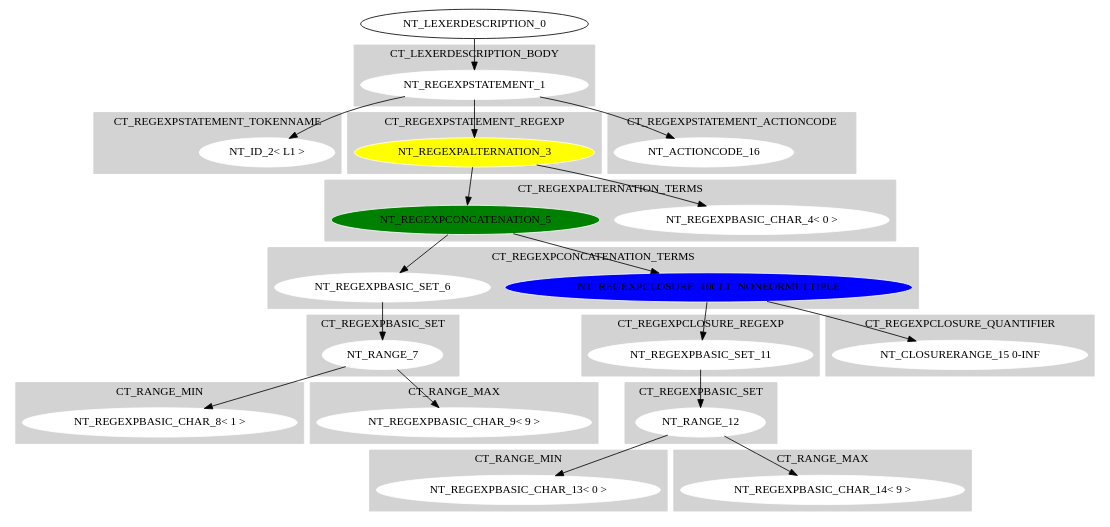
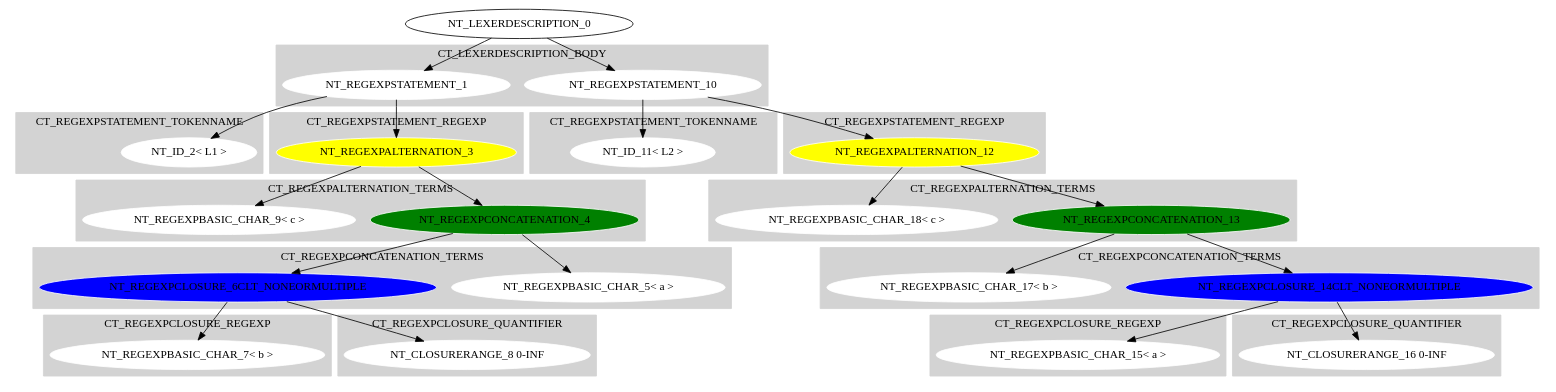
The diagram in DFASimulator/Testbench/testAST.dot (GDimitroulakos/EDUFLEX), drawn with Graphviz before and after one commit. The commit also changed 216 other files, not shown here.

```diff
--- a/DFASimulator/Testbench/testAST.dot
+++ b/DFASimulator/Testbench/testAST.dot
@@ -1,142 +1,148 @@
 digraph {
 
 subgraph cluster0 {
  node [style=filled,color=white];
  style=filled;
  color=lightgrey;
  label = "CT_LEXERDESCRIPTION_BODY";
 
 "NT_REGEXPSTATEMENT_1"
+"NT_REGEXPSTATEMENT_10"
 }
 "NT_LEXERDESCRIPTION_0"->"NT_REGEXPSTATEMENT_1"
 subgraph cluster1 {
  node [style=filled,color=white];
  style=filled;
  color=lightgrey;
  label = "CT_REGEXPSTATEMENT_TOKENNAME";
 
 "NT_ID_2< L1 >"
 }
 subgraph cluster2 {
  node [style=filled,color=white];
  style=filled;
  color=lightgrey;
  label = "CT_REGEXPSTATEMENT_REGEXP";
 
 "NT_REGEXPALTERNATION_3"
  [fillcolor = yellow]
 }
 subgraph cluster3 {
  node [style=filled,color=white];
  style=filled;
  color=lightgrey;
- label = "CT_REGEXPSTATEMENT_ACTIONCODE";
+ label = "CT_REGEXPSTATEMENT_TOKENNAME";
 
-"NT_ACTIONCODE_16"
 }
+"NT_REGEXPSTATEMENT_1"->"NT_ID_2< L1 >"
+"NT_REGEXPSTATEMENT_1"->"NT_REGEXPALTERNATION_3"
 subgraph cluster4 {
+ node [style=filled,color=white];
+ style=filled;
+ color=lightgrey;
+ label = "CT_REGEXPALTERNATION_TERMS";
+
+"NT_REGEXPCONCATENATION_4"
+ [fillcolor = green]"NT_REGEXPBASIC_CHAR_9< c >"
+}
+"NT_REGEXPALTERNATION_3"->"NT_REGEXPCONCATENATION_4"
+subgraph cluster5 {
+ node [style=filled,color=white];
+ style=filled;
+ color=lightgrey;
+ label = "CT_REGEXPCONCATENATION_TERMS";
+
+"NT_REGEXPBASIC_CHAR_5< a >"
+"NT_REGEXPCLOSURE_6CLT_NONEORMULTIPLE"
+ [fillcolor = blue]
+}
+"NT_REGEXPCONCATENATION_4"->"NT_REGEXPBASIC_CHAR_5< a >"
+"NT_REGEXPCONCATENATION_4"->"NT_REGEXPCLOSURE_6CLT_NONEORMULTIPLE"
+subgraph cluster6 {
+ node [style=filled,color=white];
+ style=filled;
+ color=lightgrey;
+ label = "CT_REGEXPCLOSURE_REGEXP";
+
+"NT_REGEXPBASIC_CHAR_7< b >"
+}
+subgraph cluster7 {
+ node [style=filled,color=white];
+ style=filled;
+ color=lightgrey;
+ label = "CT_REGEXPCLOSURE_QUANTIFIER";
+
+"NT_CLOSURERANGE_8 0-INF"
+}
+"NT_REGEXPCLOSURE_6CLT_NONEORMULTIPLE"->"NT_REGEXPBASIC_CHAR_7< b >"
+"NT_REGEXPCLOSURE_6CLT_NONEORMULTIPLE"->"NT_CLOSURERANGE_8 0-INF"
+"NT_REGEXPALTERNATION_3"->"NT_REGEXPBASIC_CHAR_9< c >"
+"NT_LEXERDESCRIPTION_0"->"NT_REGEXPSTATEMENT_10"
+subgraph cluster8 {
+ node [style=filled,color=white];
+ style=filled;
+ color=lightgrey;
+ label = "CT_REGEXPSTATEMENT_TOKENNAME";
+
+"NT_ID_11< L2 >"
+}
+subgraph cluster9 {
+ node [style=filled,color=white];
+ style=filled;
+ color=lightgrey;
+ label = "CT_REGEXPSTATEMENT_REGEXP";
+
+"NT_REGEXPALTERNATION_12"
+ [fillcolor = yellow]
+}
+subgraph cluster10 {
  node [style=filled,color=white];
  style=filled;
  color=lightgrey;
  label = "CT_REGEXPSTATEMENT_TOKENNAME";
 
 }
-"NT_REGEXPSTATEMENT_1"->"NT_ID_2< L1 >"
-"NT_REGEXPSTATEMENT_1"->"NT_REGEXPALTERNATION_3"
-subgraph cluster5 {
+"NT_REGEXPSTATEMENT_10"->"NT_ID_11< L2 >"
+"NT_REGEXPSTATEMENT_10"->"NT_REGEXPALTERNATION_12"
+subgraph cluster11 {
  node [style=filled,color=white];
  style=filled;
  color=lightgrey;
  label = "CT_REGEXPALTERNATION_TERMS";
 
-"NT_REGEXPBASIC_CHAR_4< 0 >"
-"NT_REGEXPCONCATENATION_5"
- [fillcolor = green]}
-"NT_REGEXPALTERNATION_3"->"NT_REGEXPBASIC_CHAR_4< 0 >"
-"NT_REGEXPALTERNATION_3"->"NT_REGEXPCONCATENATION_5"
-subgraph cluster6 {
+"NT_REGEXPCONCATENATION_13"
+ [fillcolor = green]"NT_REGEXPBASIC_CHAR_18< c >"
+}
+"NT_REGEXPALTERNATION_12"->"NT_REGEXPCONCATENATION_13"
+subgraph cluster12 {
  node [style=filled,color=white];
  style=filled;
  color=lightgrey;
  label = "CT_REGEXPCONCATENATION_TERMS";
 
-"NT_REGEXPBASIC_SET_6"
-"NT_REGEXPCLOSURE_10CLT_NONEORMULTIPLE"
+"NT_REGEXPCLOSURE_14CLT_NONEORMULTIPLE"
  [fillcolor = blue]
+"NT_REGEXPBASIC_CHAR_17< b >"
 }
-"NT_REGEXPCONCATENATION_5"->"NT_REGEXPBASIC_SET_6"
-subgraph cluster7 {
- node [style=filled,color=white];
- style=filled;
- color=lightgrey;
- label = "CT_REGEXPBASIC_SET";
-
-"NT_RANGE_7"
-}
-"NT_REGEXPBASIC_SET_6"->"NT_RANGE_7"
-subgraph cluster8 {
- node [style=filled,color=white];
- style=filled;
- color=lightgrey;
- label = "CT_RANGE_MIN";
-
-"NT_REGEXPBASIC_CHAR_8< 1 >"
-}
-subgraph cluster9 {
- node [style=filled,color=white];
- style=filled;
- color=lightgrey;
- label = "CT_RANGE_MAX";
-
-"NT_REGEXPBASIC_CHAR_9< 9 >"
-}
-"NT_RANGE_7"->"NT_REGEXPBASIC_CHAR_8< 1 >"
-"NT_RANGE_7"->"NT_REGEXPBASIC_CHAR_9< 9 >"
-"NT_REGEXPCONCATENATION_5"->"NT_REGEXPCLOSURE_10CLT_NONEORMULTIPLE"
-subgraph cluster10 {
+"NT_REGEXPCONCATENATION_13"->"NT_REGEXPCLOSURE_14CLT_NONEORMULTIPLE"
+subgraph cluster13 {
  node [style=filled,color=white];
  style=filled;
  color=lightgrey;
  label = "CT_REGEXPCLOSURE_REGEXP";
 
-"NT_REGEXPBASIC_SET_11"
+"NT_REGEXPBASIC_CHAR_15< a >"
 }
-subgraph cluster11 {
+subgraph cluster14 {
  node [style=filled,color=white];
  style=filled;
  color=lightgrey;
  label = "CT_REGEXPCLOSURE_QUANTIFIER";
 
-"NT_CLOSURERANGE_15 0-INF"
+"NT_CLOSURERANGE_16 0-INF"
 }
-"NT_REGEXPCLOSURE_10CLT_NONEORMULTIPLE"->"NT_REGEXPBASIC_SET_11"
-subgraph cluster12 {
- node [style=filled,color=white];
- style=filled;
- color=lightgrey;
- label = "CT_REGEXPBASIC_SET";
-
-"NT_RANGE_12"
+"NT_REGEXPCLOSURE_14CLT_NONEORMULTIPLE"->"NT_REGEXPBASIC_CHAR_15< a >"
+"NT_REGEXPCLOSURE_14CLT_NONEORMULTIPLE"->"NT_CLOSURERANGE_16 0-INF"
+"NT_REGEXPCONCATENATION_13"->"NT_REGEXPBASIC_CHAR_17< b >"
+"NT_REGEXPALTERNATION_12"->"NT_REGEXPBASIC_CHAR_18< c >"
 }
-"NT_REGEXPBASIC_SET_11"->"NT_RANGE_12"
-subgraph cluster13 {
- node [style=filled,color=white];
- style=filled;
- color=lightgrey;
- label = "CT_RANGE_MIN";
-
-"NT_REGEXPBASIC_CHAR_13< 0 >"
-}
-subgraph cluster14 {
- node [style=filled,color=white];
- style=filled;
- color=lightgrey;
- label = "CT_RANGE_MAX";
-
-"NT_REGEXPBASIC_CHAR_14< 9 >"
-}
-"NT_RANGE_12"->"NT_REGEXPBASIC_CHAR_13< 0 >"
-"NT_RANGE_12"->"NT_REGEXPBASIC_CHAR_14< 9 >"
-"NT_REGEXPCLOSURE_10CLT_NONEORMULTIPLE"->"NT_CLOSURERANGE_15 0-INF"
-"NT_REGEXPSTATEMENT_1"->"NT_ACTIONCODE_16"
-}
```
